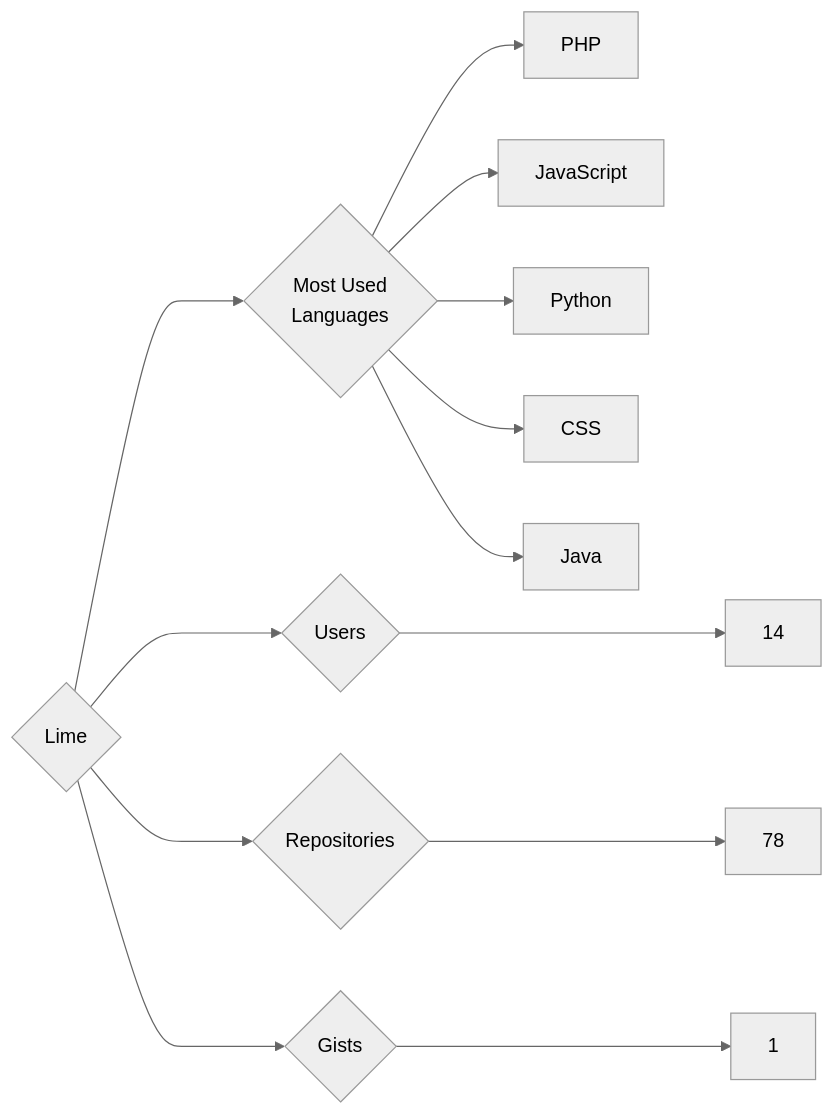
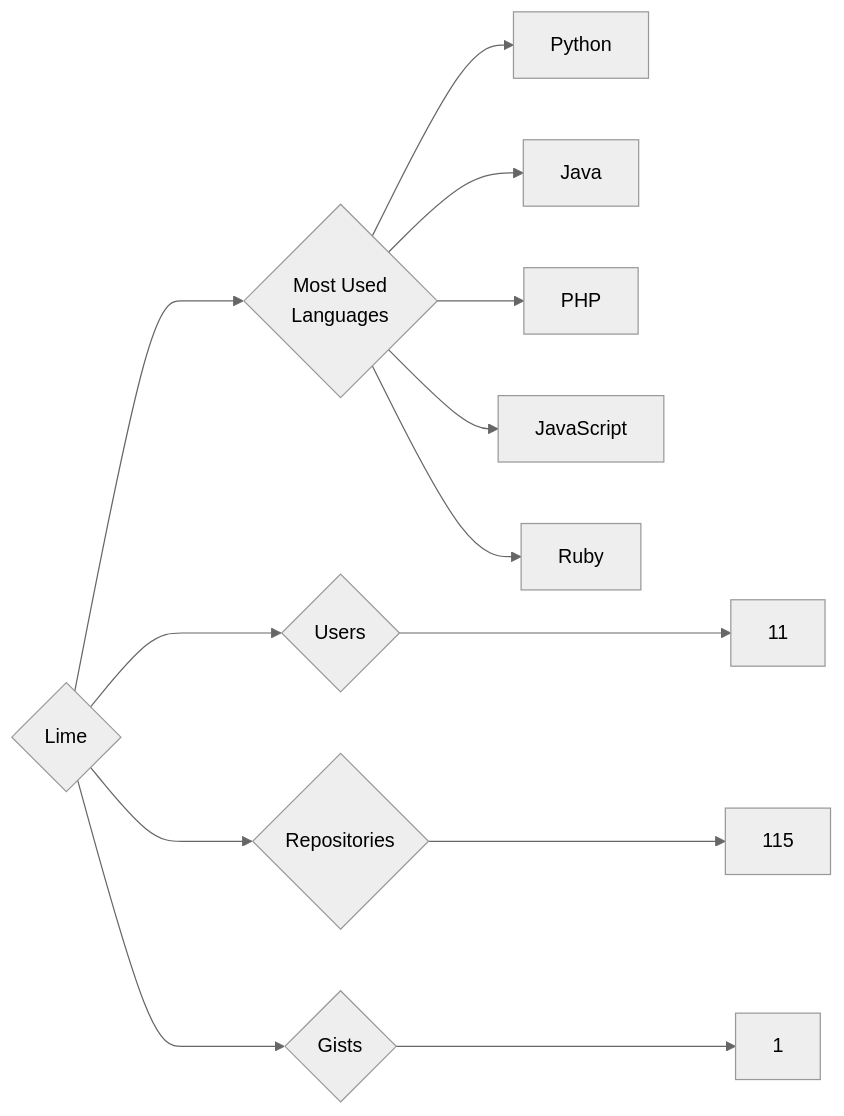
Before and after one commit to trickest/insiders: the diagram in targets/Lime/README.md, drawn with Mermaid (neutral theme). The commit also changed 894 other files, not shown here.

````diff
--- a/targets/Lime/README.md
+++ b/targets/Lime/README.md
@@ -3,13 +3,13 @@
 ```mermaid
 graph LR
 COMPANY_NAME{Lime}
-COMPANY_NAME ---> U{Users} ---> UN[14]
-COMPANY_NAME ---> R{Repositories} ---> RN[78]
+COMPANY_NAME ---> U{Users} ---> UN[11]
+COMPANY_NAME ---> R{Repositories} ---> RN[115]
 COMPANY_NAME ---> G{Gists} ---> GN[1]
 COMPANY_NAME ---> ML{Most Used<br>Languages}
+ML --> Python[Python]
+ML --> Java[Java]
 ML --> PHP[PHP]
 ML --> JavaScript[JavaScript]
-ML --> Python[Python]
-ML --> CSS[CSS]
-ML --> Java[Java]
+ML --> Ruby[Ruby]
 ```
````
